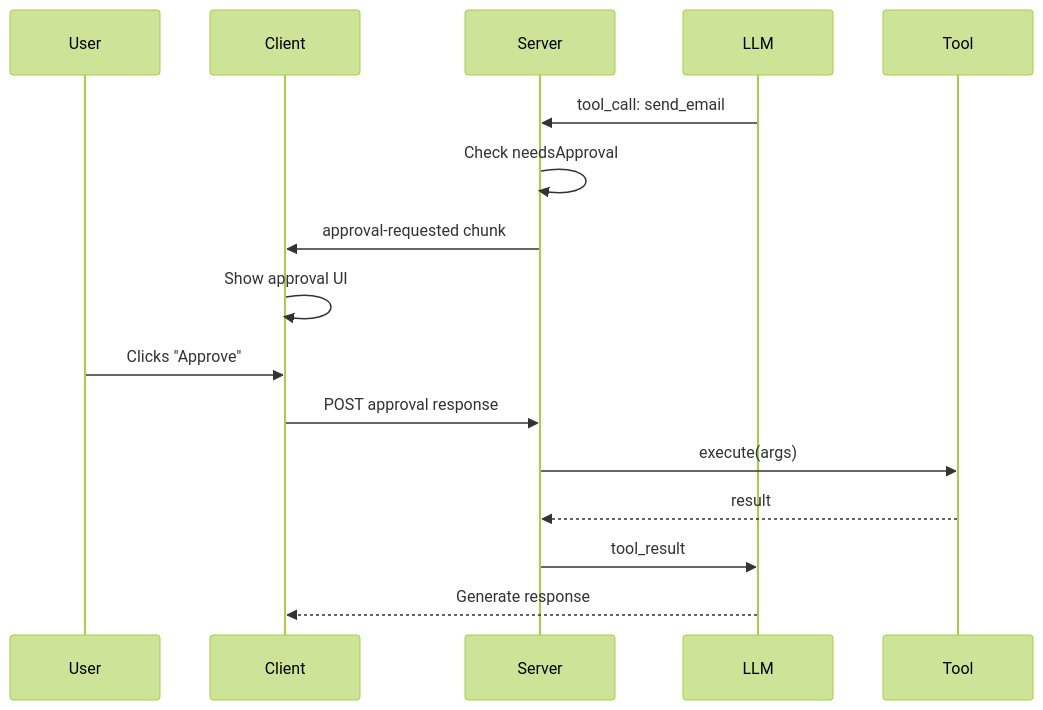
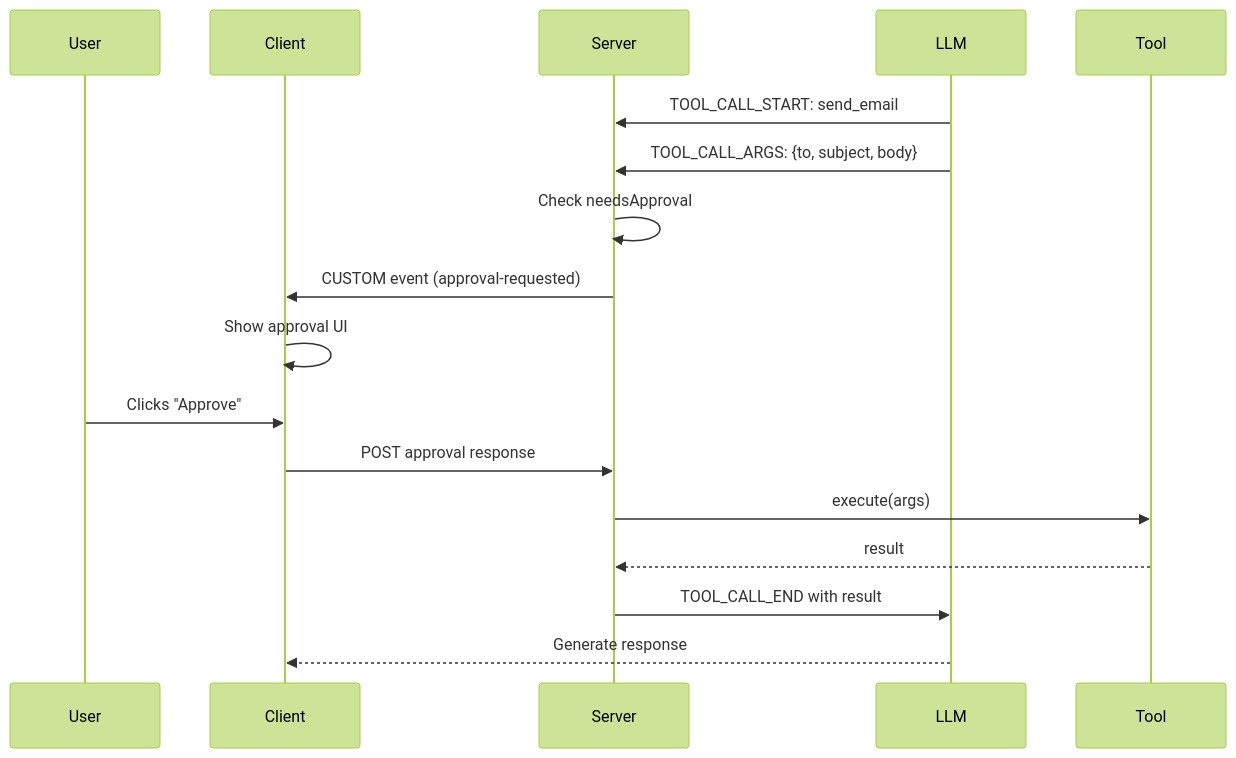
One commit to TanStack/ai changed the third of 4 diagrams in docs/guides/tool-architecture.md. Above: the diagram before and after it, drawn with Mermaid (forest theme). The commit also changed other lines of this file and 8 other files, not shown here.

````diff
--- a/docs/guides/tool-architecture.md
+++ b/docs/guides/tool-architecture.md
@@ -205,19 +205,20 @@
 ```mermaid
 sequenceDiagram
     participant User
     participant Client
     participant Server
     participant LLM
     participant Tool
     
-    LLM->>Server: tool_call: send_email
+    LLM->>Server: TOOL_CALL_START: send_email
+    LLM->>Server: TOOL_CALL_ARGS: {to, subject, body}
     Server->>Server: Check needsApproval
-    Server->>Client: approval-requested chunk
+    Server->>Client: CUSTOM event (approval-requested)
     Client->>Client: Show approval UI
     User->>Client: Clicks "Approve"
     Client->>Server: POST approval response
     Server->>Tool: execute(args)
     Tool-->>Server: result
-    Server->>LLM: tool_result
+    Server->>LLM: TOOL_CALL_END with result
     LLM-->>Client: Generate response
 ```
````
